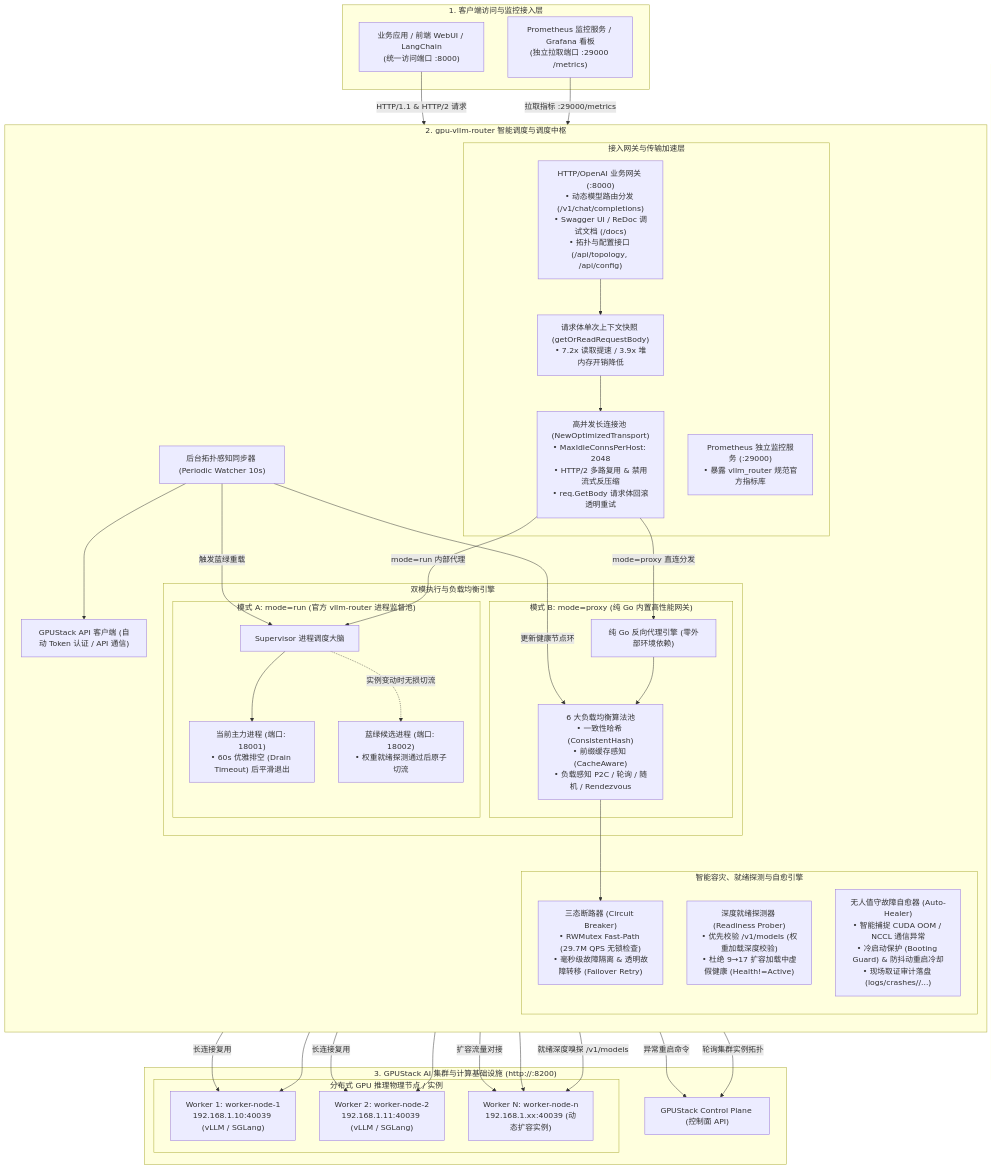
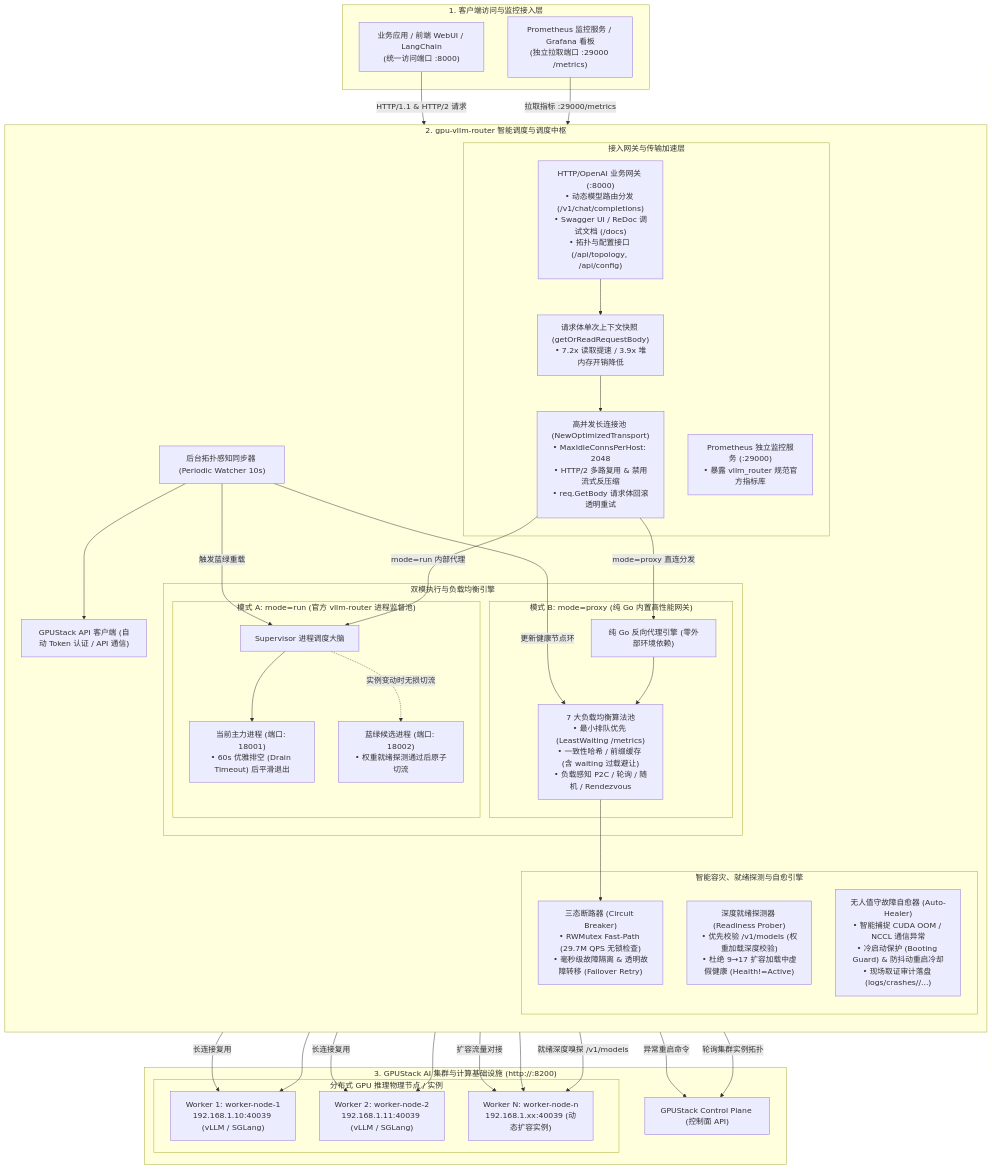
One commit to CodeFindc/gpu-vllm-router-cli changed the first of 4 diagrams in README.md. Above: the diagram before and after it, drawn with Mermaid. The commit also changed other lines of this file and 16 other files, not shown here.

Commit message:
feat(workermetrics,proxy,router,config,docs): add least_waiting scheduling and waiting overload diversion

````diff
--- a/README.md
+++ b/README.md
@@ -55,77 +55,77 @@
 ```mermaid
 flowchart TD
     subgraph ClientAndObservability ["1. 客户端访问与监控接入层"]
         ClientApp["业务应用 / 前端 WebUI / LangChain<br/>(统一访问端口 :8000)"]
         PrometheusNode["Prometheus 监控服务 / Grafana 看板<br/>(独立拉取端口 :29000 /metrics)"]
     end
 
     subgraph RouterCore ["2. gpu-vllm-router 智能调度与调度中枢"]
         direction TB
         
         subgraph Gateways ["接入网关与传输加速层"]
             FrontGW["HTTP/OpenAI 业务网关 (:8000)<br/>• 动态模型路由分发 (/v1/chat/completions)<br/>• Swagger UI / ReDoc 调试文档 (/docs)<br/>• 拓扑与配置接口 (/api/topology, /api/config)"]
             MetricsGW["Prometheus 独立监控服务 (:29000)<br/>• 暴露 vllm_router 规范官方指标库"]
             ConnPool["高并发长连接池 (NewOptimizedTransport)<br/>• MaxIdleConnsPerHost: 2048<br/>• HTTP/2 多路复用 & 禁用流式反压缩<br/>• req.GetBody 请求体回滚透明重试"]
             BodyCache["请求体单次上下文快照 (getOrReadRequestBody)<br/>• 7.2x 读取提速 / 3.9x 堆内存开销降低"]
         end
 
         subgraph DualEngines ["双模执行与负载均衡引擎"]
             subgraph ModeRun ["模式 A: mode=run (官方 vllm-router 进程监督池)"]
                 Supervisor["Supervisor 进程调度大脑"]
                 CandidateProc["蓝绿候选进程 (端口: 18002)<br/>• 权重就绪探测通过后原子切流"]
                 ActiveProc["当前主力进程 (端口: 18001)<br/>• 60s 优雅排空 (Drain Timeout) 后平滑退出"]
             end
 
             subgraph ModeProxy ["模式 B: mode=proxy (纯 Go 内置高性能网关)"]
                 GoProxy["纯 Go 反向代理引擎 (零外部环境依赖)"]
-                Balancers["6 大负载均衡算法池<br/>• 一致性哈希 (ConsistentHash)<br/>• 前缀缓存感知 (CacheAware)<br/>• 负载感知 P2C / 轮询 / 随机 / Rendezvous"]
+                Balancers["7 大负载均衡算法池<br/>• 最小排队优先 (LeastWaiting /metrics)<br/>• 一致性哈希 / 前缀缓存 (含 waiting 过载避让)<br/>• 负载感知 P2C / 轮询 / 随机 / Rendezvous"]
             end
         end
 
         subgraph FaultTolerance ["智能容灾、就绪探测与自愈引擎"]
             FastBreaker["三态断路器 (Circuit Breaker)<br/>• RWMutex Fast-Path (29.7M QPS 无锁检查)<br/>• 毫秒级故障隔离 & 透明故障转移 (Failover Retry)"]
             ReadinessProbe["深度就绪探测器 (Readiness Prober)<br/>• 优先校验 /v1/models (权重加载深度校验)<br/>• 杜绝 9→17 扩容加载中虚假健康 (Health!=Active)"]
             AutoHealer["无人值守故障自愈器 (Auto-Healer)<br/>• 智能捕捉 CUDA OOM / NCCL 通信异常<br/>• 冷启动保护 (Booting Guard) & 防抖动重启冷却<br/>• 现场取证审计落盘 (logs/crashes/<model>/...)"]
         end
 
         TopologyWatcher["后台拓扑感知同步器 (Periodic Watcher 10s)"]
         GPUStackClient["GPUStack API 客户端 (自动 Token 认证 / API 通信)"]
     end
 
     subgraph GPUStackInfra ["3. GPUStack AI 集群与计算基础设施 (http://<GPUSTACK>:8200)"]
         GS_ControlPlane["GPUStack Control Plane (控制面 API)"]
         subgraph GPUWorkers ["分布式 GPU 推理物理节点 / 实例"]
             W1["Worker 1: worker-node-1<br/>192.168.1.10:40039 (vLLM / SGLang)"]
             W2["Worker 2: worker-node-2<br/>192.168.1.11:40039 (vLLM / SGLang)"]
             WN["Worker N: worker-node-n<br/>192.168.1.xx:40039 (动态扩容实例)"]
         end
     end
 
     ClientApp -->|"HTTP/1.1 & HTTP/2 请求"| FrontGW
     PrometheusNode -->|"拉取指标 :29000/metrics"| MetricsGW
 
     FrontGW --> BodyCache
     BodyCache --> ConnPool
 
     ConnPool -->|"mode=run 内部代理"| Supervisor
     Supervisor --> ActiveProc
     Supervisor -.->|"实例变动时无损切流"| CandidateProc
 
     ActiveProc -->|"长连接复用"| W1
     ActiveProc -->|"长连接复用"| W2
     CandidateProc -->|"扩容流量对接"| WN
 
     ConnPool -->|"mode=proxy 直连分发"| GoProxy
     GoProxy --> Balancers
     Balancers --> FastBreaker
     FastBreaker --> W1
     FastBreaker --> W2
     FastBreaker --> WN
 
     ReadinessProbe -->|"就绪深度嗅探 /v1/models"| WN
     AutoHealer -->|"异常重启命令"| GS_ControlPlane
     TopologyWatcher --> GPUStackClient
     GPUStackClient -->|"轮询集群实例拓扑"| GS_ControlPlane
     TopologyWatcher -->|"触发蓝绿重载"| Supervisor
     TopologyWatcher -->|"更新健康节点环"| Balancers
 ```
````
